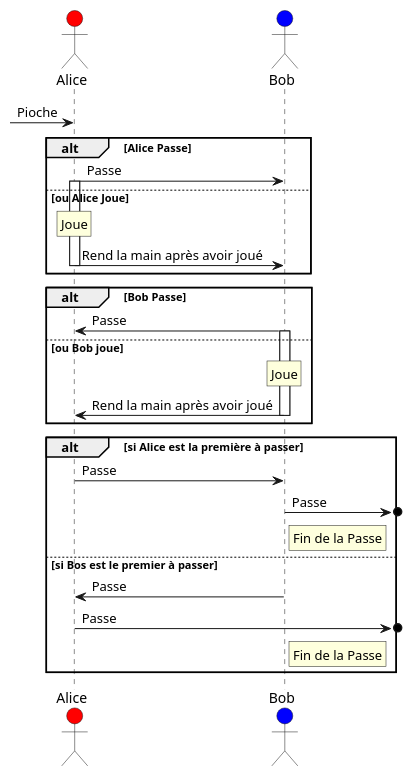
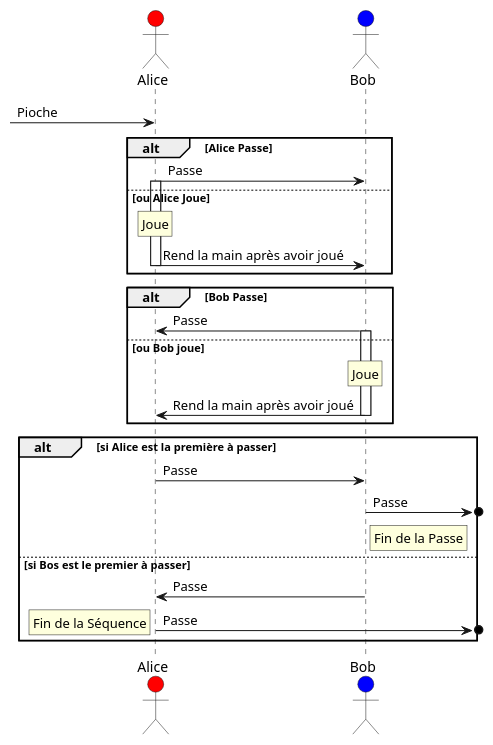
One commit to de-dale/wiki changed the seventh of 7 diagrams in sphérier/référence/phases-de-jeu/combat.md. Above: the diagram before and after it, drawn with PlantUML. The commit also changed other lines of this file, not shown here.

Commit message:
docs: update sphérier/référence/phases-de-jeu/combat

````diff
--- a/sphérier/référence/phases-de-jeu/combat.md
+++ b/sphérier/référence/phases-de-jeu/combat.md
@@ -229,34 +229,34 @@
 ```plantuml
 actor Alice #red
 actor Bob #blue
 [-> Alice : Pioche
 
 
 deactivate Bob
   
 alt Alice Passe  
 	Alice -> Bob : Passe
 else ou Alice Joue
 	activate Alice
 	rnote over Alice: Joue
 	Alice -> Bob -- : Rend la main après avoir joué
 end
 
 alt Bob Passe
 	Bob -> Alice : Passe
 else ou Bob joue
   activate Bob
 	rnote over Bob: Joue
 	Bob -> Alice -- : Rend la main après avoir joué
 end
 
 alt si Alice est la première à passer
 	Alice -> Bob -- : Passe
 	Bob ->o] : Passe
 	rnote right of Bob: Fin de la Passe
 else si Bos est le premier à passer
 	Bob -> Alice : Passe
 	Alice ->o] : Passe
-	rnote right of Bob: Fin de la Passe
+	rnote right: Fin de la Séquence
 end
 ```
````
